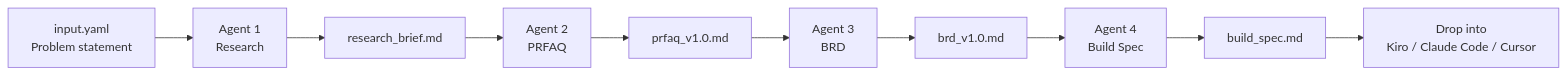
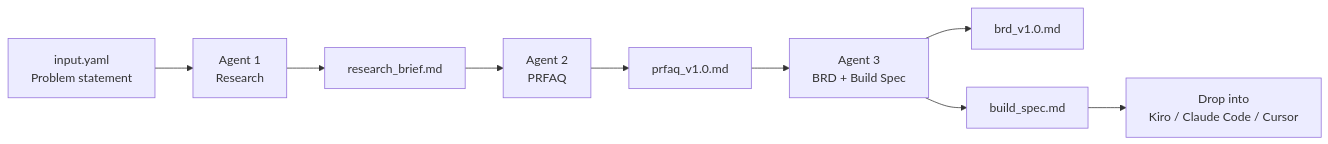
Before and after one commit to joegarvey-ai/pm-working-backwards-agent: the diagram in README.md, drawn with Mermaid. The commit also changed other lines of this file and 16 other files, not shown here.

````diff
--- a/README.md
+++ b/README.md
@@ -9,12 +9,11 @@
 ```mermaid
 flowchart LR
     A[input.yaml<br/>Problem statement] --> B[Agent 1<br/>Research]
     B --> C[research_brief.md]
     C --> D[Agent 2<br/>PRFAQ]
     D --> E[prfaq_v1.0.md]
-    E --> F[Agent 3<br/>BRD]
+    E --> F[Agent 3<br/>BRD + Build Spec]
     F --> G[brd_v1.0.md]
-    G --> H[Agent 4<br/>Build Spec]
-    H --> I[build_spec.md]
+    F --> I[build_spec.md]
     I --> J[Drop into<br/>Kiro / Claude Code / Cursor]
 ```
````
